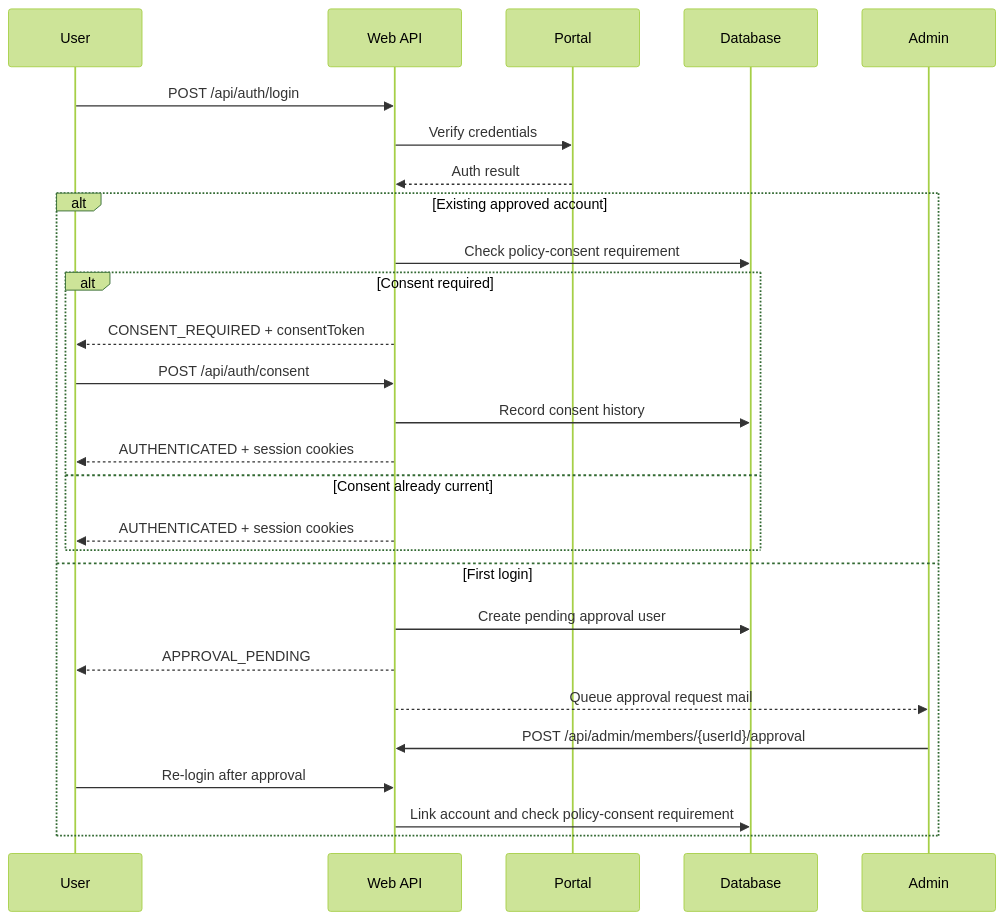
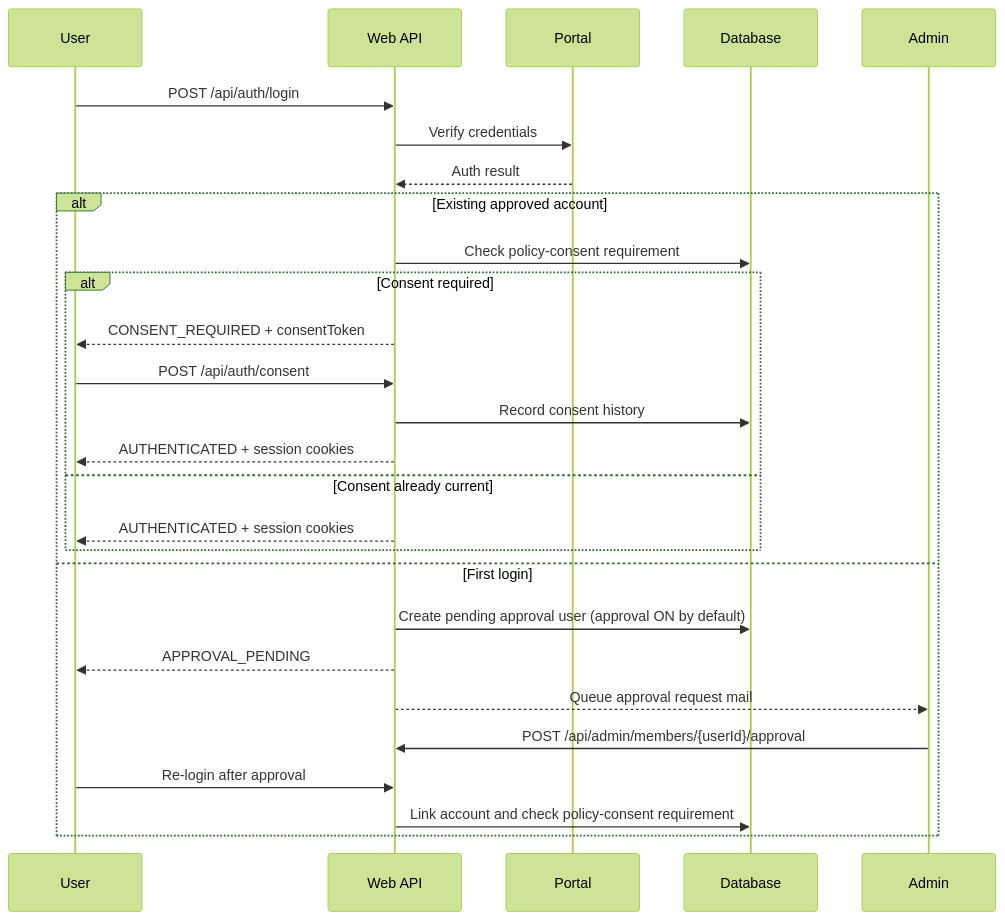
Before and after one commit to OneTop4458/cu12: the second of 4 diagrams in README.md, drawn with Mermaid (forest theme). The commit also changed other lines of this file and 18 other files, not shown here.

````diff
--- a/README.md
+++ b/README.md
@@ -40,29 +40,29 @@
 ```mermaid
 sequenceDiagram
   participant U as User
   participant Web as Web API
   participant Portal as Portal
   participant DB as Database
 
   U->>Web: POST /api/auth/login
   Web->>Portal: Verify credentials
   Portal-->>Web: Auth result
   alt Existing approved account
     Web->>DB: Check policy-consent requirement
     alt Consent required
       Web-->>U: CONSENT_REQUIRED + consentToken
       U->>Web: POST /api/auth/consent
       Web->>DB: Record consent history
       Web-->>U: AUTHENTICATED + session cookies
     else Consent already current
       Web-->>U: AUTHENTICATED + session cookies
     end
   else First login
-    Web->>DB: Create pending approval user
+    Web->>DB: Create pending approval user (approval ON by default)
     Web-->>U: APPROVAL_PENDING
     Web-->>Admin: Queue approval request mail
     Admin->>Web: POST /api/admin/members/{userId}/approval
     U->>Web: Re-login after approval
     Web->>DB: Link account and check policy-consent requirement
   end
 ```
````
